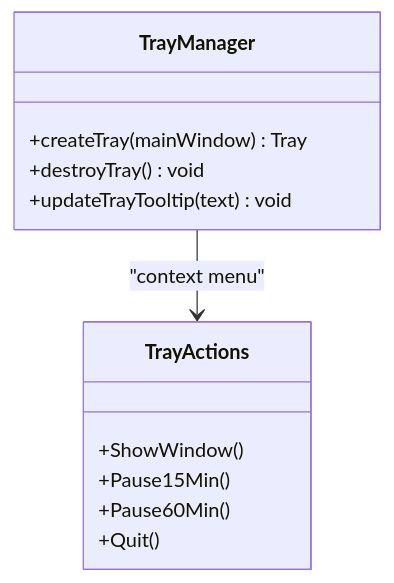
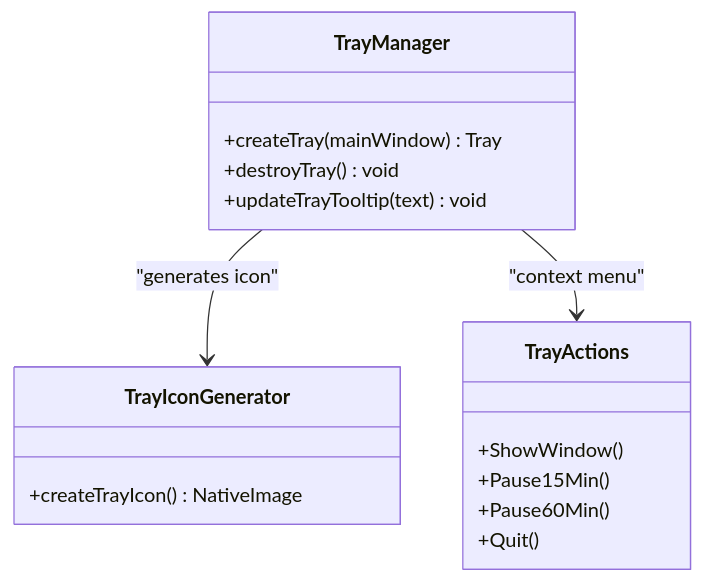
The fourth of 11 diagrams in .qoder/repowiki/en/content/Core Features/Electron Desktop Application.md (WizardJIOCb/rodion.pro), drawn with Mermaid before and after one commit. The commit also changed other lines of this file and 26 other files, not shown here.

````diff
--- a/.qoder/repowiki/en/content/Core Features/Electron Desktop Application.md
+++ b/.qoder/repowiki/en/content/Core Features/Electron Desktop Application.md
@@ -180,15 +276,19 @@
 ```mermaid
 classDiagram
 class TrayManager {
 +createTray(mainWindow) Tray
 +destroyTray() void
 +updateTrayTooltip(text) void
 }
+class TrayIconGenerator {
++createTrayIcon() NativeImage
+}
 class TrayActions {
 +ShowWindow()
 +Pause15Min()
 +Pause60Min()
 +Quit()
 }
+TrayManager --> TrayIconGenerator : "generates icon"
 TrayManager --> TrayActions : "context menu"
 ```
````
